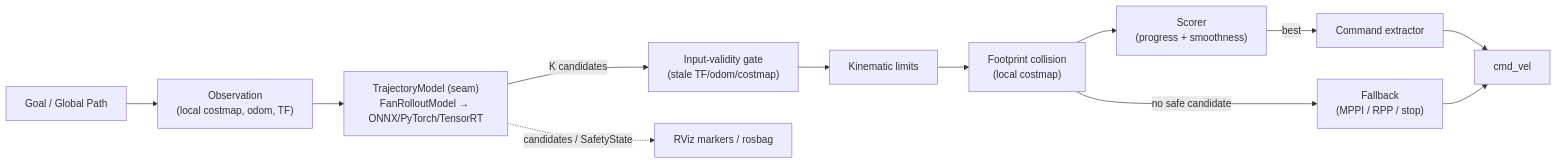
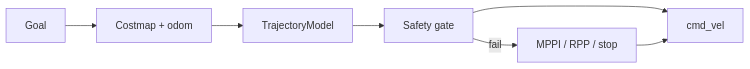
One commit to rsasaki0109/Nav2PlannerBattle changed the diagram in README.md. Above: the diagram before and after it, drawn with Mermaid. The commit also changed other lines of this file, not shown here.

````diff
--- a/README.md
+++ b/README.md
@@ -109,13 +54,9 @@
 ```mermaid
 flowchart LR
-  G["Goal / Global Path"] --> OB["Observation<br/>(local costmap, odom, TF)"]
-  OB --> M["TrajectoryModel (seam)<br/>FanRolloutModel → ONNX/PyTorch/TensorRT"]
-  M -->|"K candidates"| IV["Input-validity gate<br/>(stale TF/odom/costmap)"]
-  IV --> KN["Kinematic limits"]
-  KN --> FP["Footprint collision<br/>(local costmap)"]
-  FP --> SC["Scorer<br/>(progress + smoothness)"]
-  SC -->|"best"| EX["Command extractor"] --> CMD["cmd_vel"]
-  FP -->|"no safe candidate"| FB["Fallback<br/>(MPPI / RPP / stop)"]
+  G["Goal"] --> OB["Costmap + odom"]
+  OB --> M["TrajectoryModel"]
+  M --> SG["Safety gate"]
+  SG --> CMD["cmd_vel"]
+  SG -->|fail| FB["MPPI / RPP / stop"]
   FB --> CMD
-  M -.->|"candidates / SafetyState"| VIZ["RViz markers / rosbag"]
 ```
````
